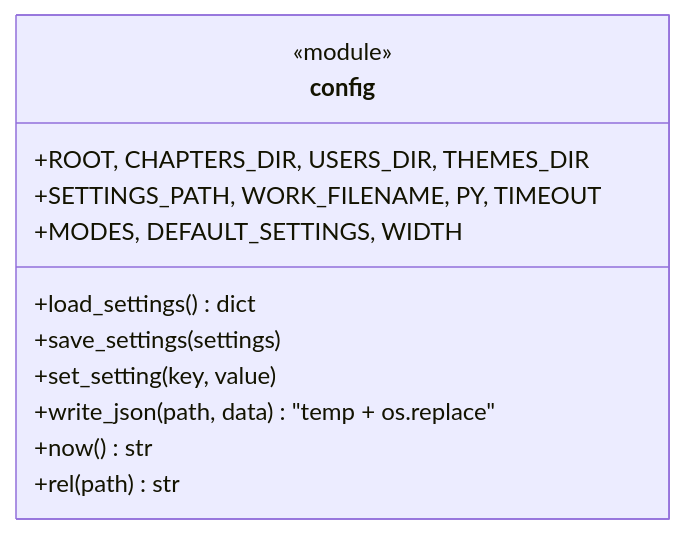
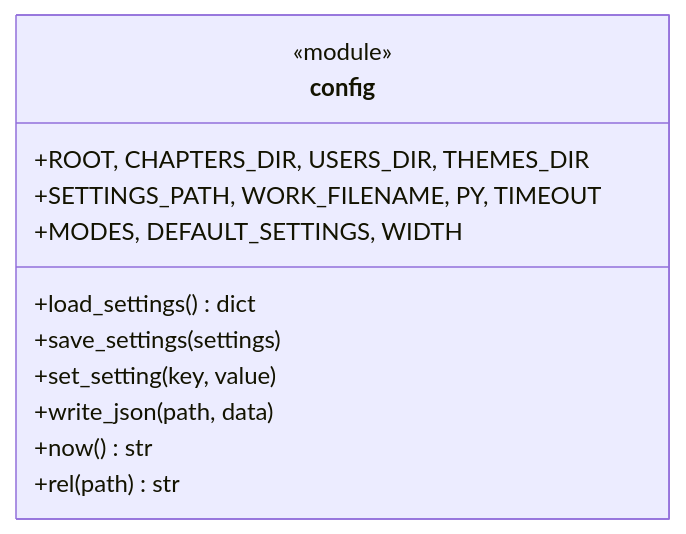
The third of 9 diagrams in docs/architecture/engine-core.md (N041M/PyQuest), drawn with Mermaid before and after one commit. The commit also changed other lines of this file and 5 other files, not shown here.

First line of the commit message:
Polish architecture diagrams; add puzzle-consumption view

````diff
--- a/docs/architecture/engine-core.md
+++ b/docs/architecture/engine-core.md
@@ -54,15 +64,15 @@
 ```mermaid
 classDiagram
     class config {
         <<module>>
         +ROOT, CHAPTERS_DIR, USERS_DIR, THEMES_DIR
         +SETTINGS_PATH, WORK_FILENAME, PY, TIMEOUT
         +MODES, DEFAULT_SETTINGS, WIDTH
         +load_settings() dict
         +save_settings(settings)
         +set_setting(key, value)
-        +write_json(path, data)  "temp + os.replace"
+        +write_json(path, data)
         +now() str
         +rel(path) str
     }
 ```
````
